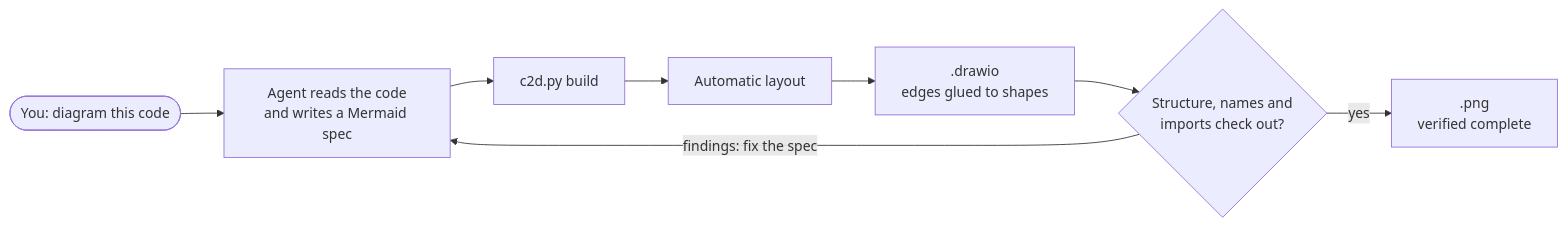
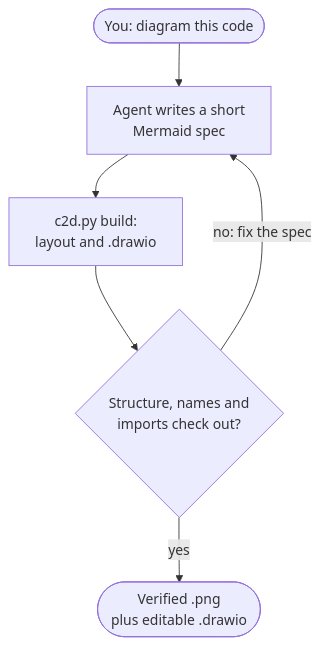
The second of 2 diagrams in README.md (AIPris/code-to-diagram), drawn with Mermaid before and after one commit.

Commit message:
Make the README pipeline diagram top-down so its text is readable

````diff
--- a/README.md
+++ b/README.md
@@ -227,10 +227,8 @@
 ```mermaid
-flowchart LR
-  A(["You: diagram this code"]) --> B["Agent reads the code<br/>and writes a Mermaid spec"]
-  B --> C["c2d.py build"]
-  C --> D["Automatic layout"]
-  D --> E[".drawio<br/>edges glued to shapes"]
-  E --> F{"Structure, names and<br/>imports check out?"}
-  F -->|"findings: fix the spec"| B
-  F -->|yes| G[".png<br/>verified complete"]
+flowchart TD
+  A(["You: diagram this code"]) --> B["Agent writes a short<br/>Mermaid spec"]
+  B --> C["c2d.py build:<br/>layout and .drawio"]
+  C --> D{"Structure, names and<br/>imports check out?"}
+  D -->|"no: fix the spec"| B
+  D -->|yes| E(["Verified .png<br/>plus editable .drawio"])
 ```
````
